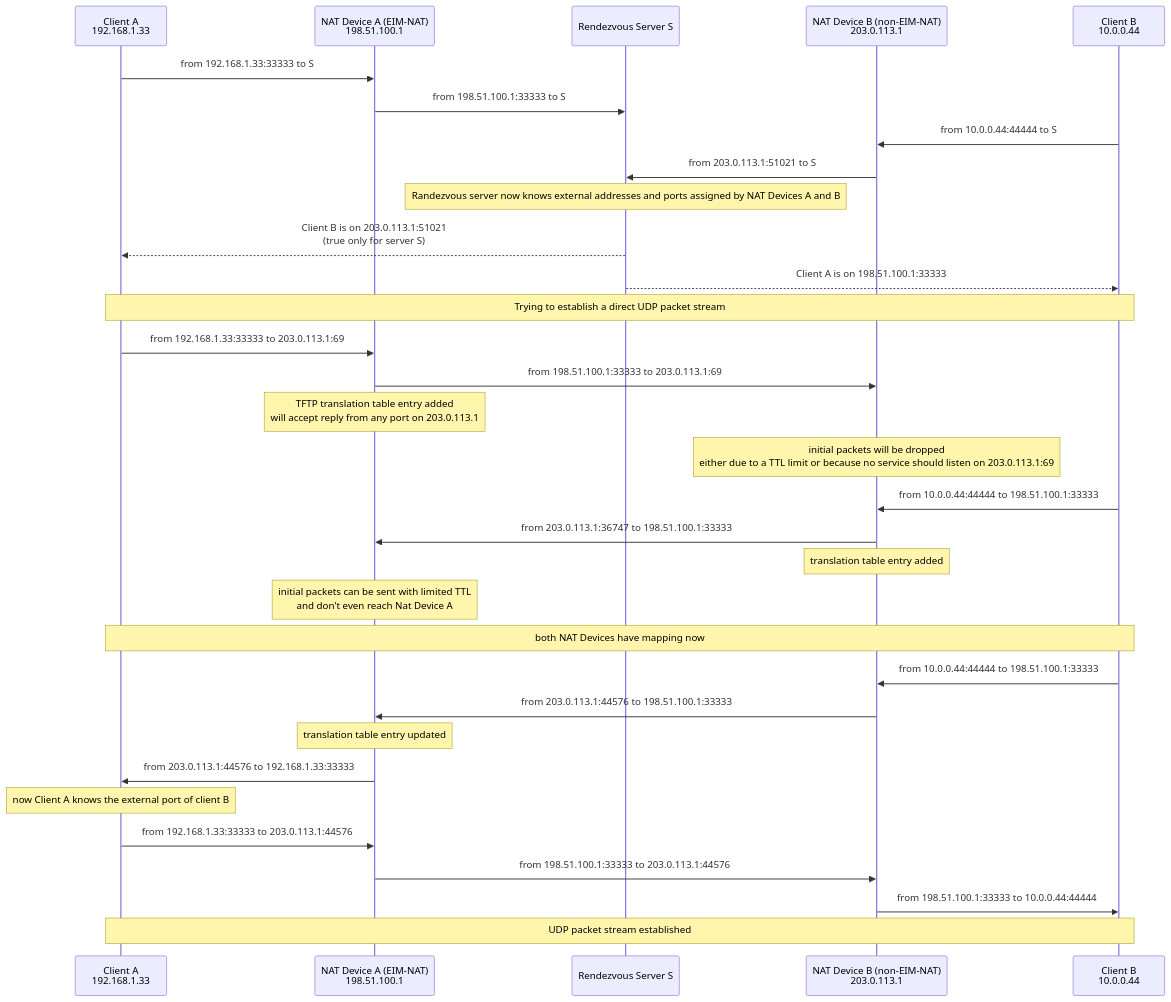
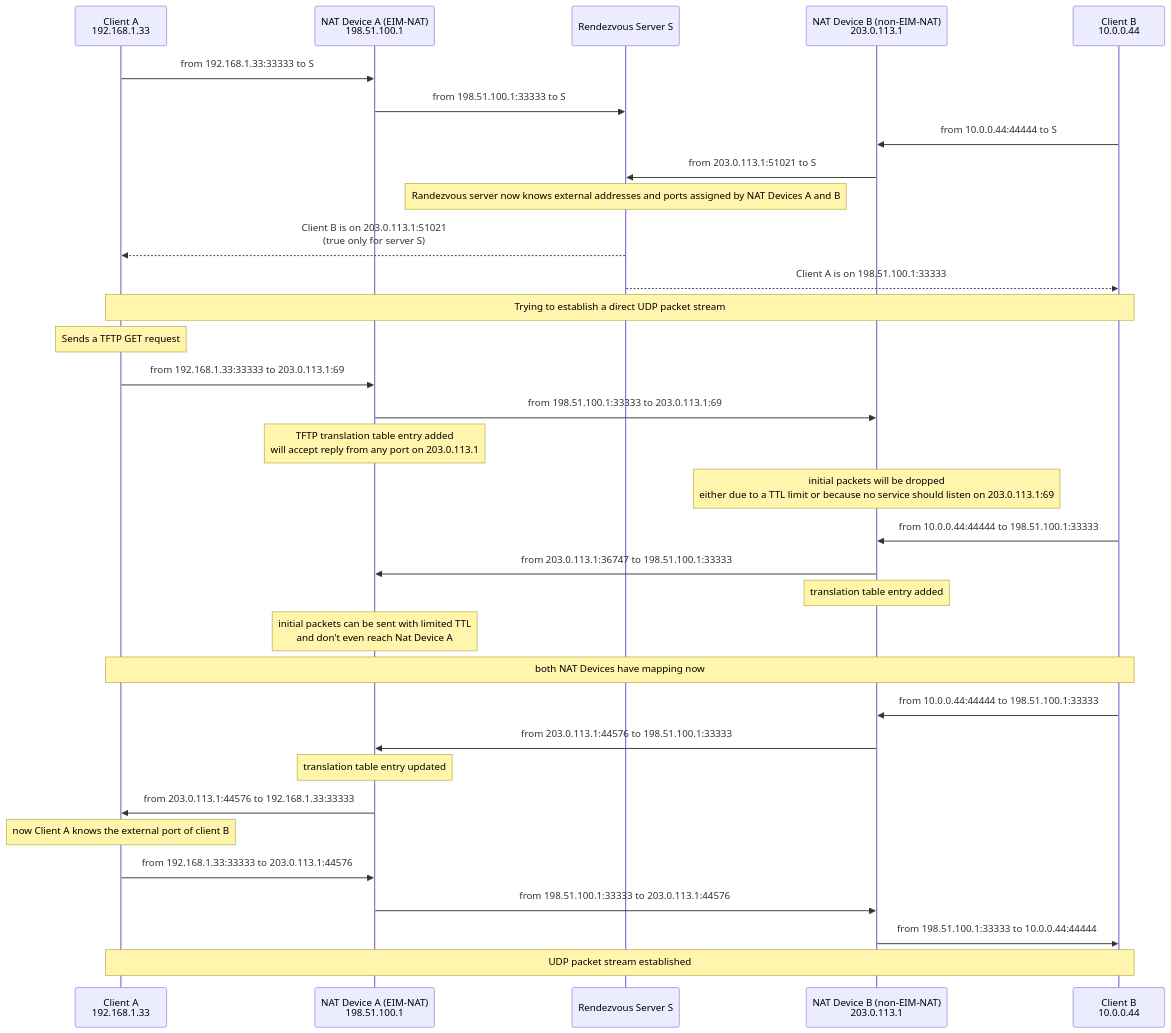
The third of 3 diagrams in TFTP-NAT-UHP.md (kupson/udp-hole-punching), drawn with Mermaid before and after one commit.

Commit message:
Be explicit that the packet sent to UDP/69 shall be a TFTP GET request
TFTP PUT will also work but GET is easier.

````diff
--- a/TFTP-NAT-UHP.md
+++ b/TFTP-NAT-UHP.md
@@ -117,35 +117,36 @@
 ```mermaid
 sequenceDiagram
     participant ClientA as Client A<br />192.168.1.33
     participant NatA as NAT Device A (EIM-NAT)<br />198.51.100.1
     participant S as Rendezvous Server S
     participant NatB as NAT Device B (non-EIM-NAT)<br />203.0.113.1
     participant ClientB as Client B<br />10.0.0.44
 
 ClientA ->> NatA: from 192.168.1.33:33333 to S
 NatA ->> S: from 198.51.100.1:33333 to S
 ClientB ->> NatB: from 10.0.0.44:44444 to S
 NatB ->> S: from 203.0.113.1:51021 to S
 Note over S: Randezvous server now knows external addresses and ports assigned by NAT Devices A and B
 S -->> ClientA: Client B is on 203.0.113.1:51021<br />(true only for server S)
 S -->> ClientB: Client A is on 198.51.100.1:33333
 Note over ClientA,ClientB: Trying to establish a direct UDP packet stream
+Note over ClientA: Sends a TFTP GET request
 ClientA ->> NatA: from 192.168.1.33:33333 to 203.0.113.1:69
 NatA ->> NatB: from 198.51.100.1:33333 to 203.0.113.1:69
 Note over NatA: TFTP translation table entry added<br />will accept reply from any port on 203.0.113.1
 Note over NatB: initial packets will be dropped<br />either due to a TTL limit or because no service should listen on 203.0.113.1:69
 ClientB ->> NatB: from 10.0.0.44:44444 to 198.51.100.1:33333
 NatB ->> NatA: from 203.0.113.1:36747 to 198.51.100.1:33333
 Note over NatB: translation table entry added
 Note over NatA: initial packets can be sent with limited TTL<br /> and don't even reach Nat Device A
 Note over ClientA,ClientB: both NAT Devices have mapping now
 ClientB ->> NatB: from 10.0.0.44:44444 to 198.51.100.1:33333
 NatB ->> NatA: from 203.0.113.1:44576 to 198.51.100.1:33333
 Note over NatA: translation table entry updated
 NatA ->> ClientA: from 203.0.113.1:44576 to 192.168.1.33:33333
 Note over ClientA: now Client A knows the external port of client B
 ClientA ->> NatA: from 192.168.1.33:33333 to 203.0.113.1:44576
 NatA ->> NatB: from 198.51.100.1:33333 to 203.0.113.1:44576
 NatB ->> ClientB: from 198.51.100.1:33333 to 10.0.0.44:44444
 Note over ClientA,ClientB: UDP packet stream established
 ```
````
